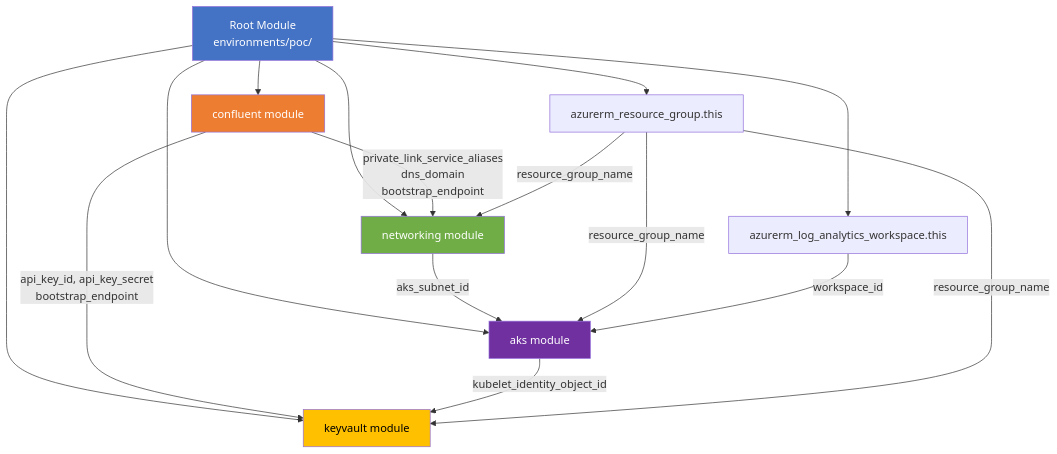
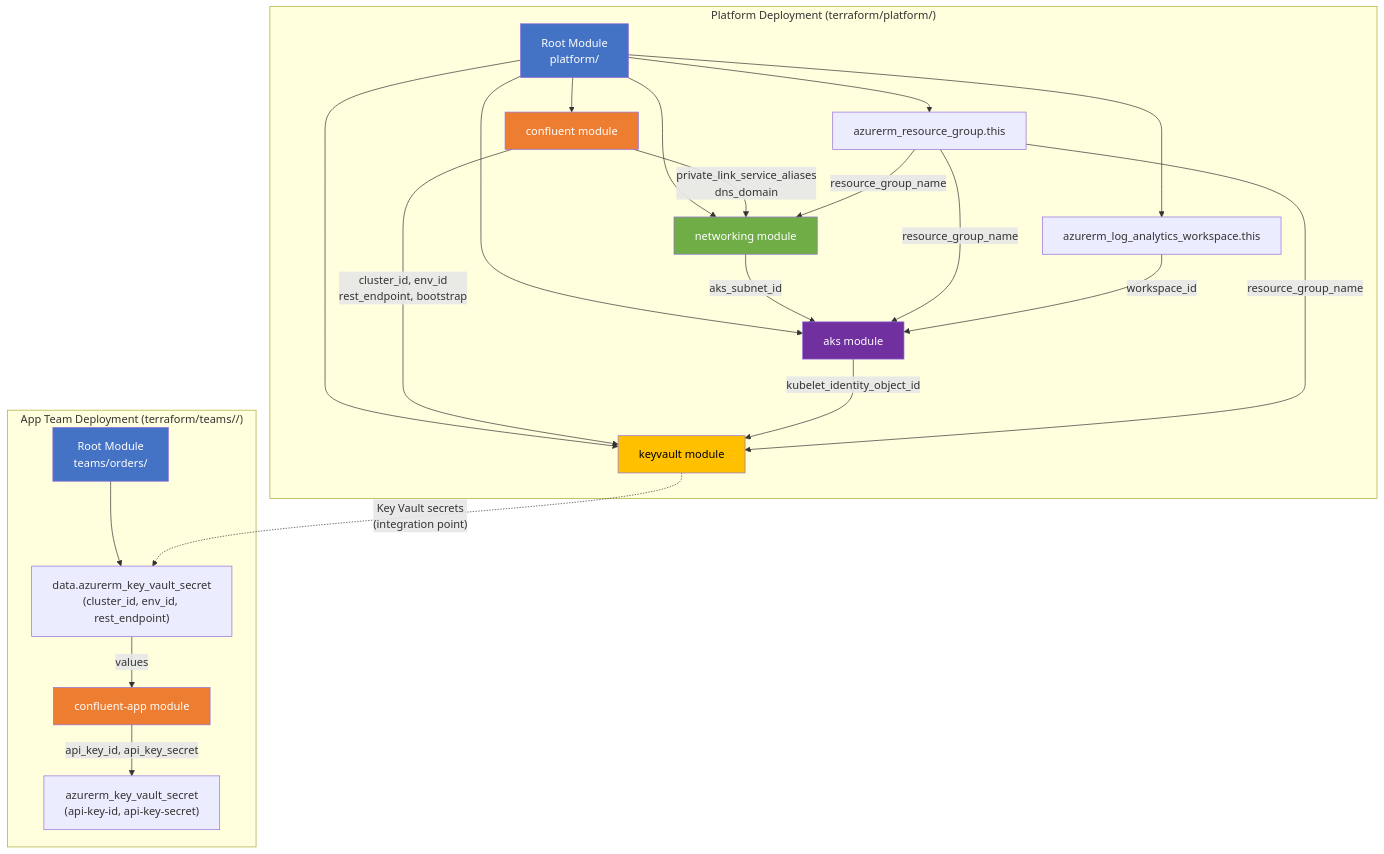
The first of 2 diagrams in docs/03-implementation/terraform-modules.md (GouthamKumar4/terraform-confluent-cloud-aks-poc), drawn with Mermaid before and after one commit. The commit also changed other lines of this file and 62 other files, not shown here.

Commit message:
added new flow

````diff
--- a/docs/03-implementation/terraform-modules.md
+++ b/docs/03-implementation/terraform-modules.md
@@ -9,28 +9,45 @@
 ```mermaid
 graph TD
-    Root["Root Module<br>environments/poc/"]
-    RG["azurerm_resource_group.this"]
-    LOG["azurerm_log_analytics_workspace.this"]
-    
-    Root --> RG
-    Root --> LOG
-    Root --> CM["confluent module"]
-    Root --> NM["networking module"]
-    Root --> AKS["aks module"]
-    Root --> KV["keyvault module"]
-    
-    CM -->|private_link_service_aliases<br>dns_domain<br>bootstrap_endpoint| NM
-    NM -->|aks_subnet_id| AKS
-    CM -->|api_key_id, api_key_secret<br>bootstrap_endpoint| KV
-    AKS -->|kubelet_identity_object_id| KV
-    RG -->|resource_group_name| NM
-    RG -->|resource_group_name| AKS
-    RG -->|resource_group_name| KV
-    LOG -->|workspace_id| AKS
+    subgraph Platform["Platform Deployment (terraform/platform/)"]
+        Root["Root Module<br>platform/"]
+        RG["azurerm_resource_group.this"]
+        LOG["azurerm_log_analytics_workspace.this"]
+        
+        Root --> RG
+        Root --> LOG
+        Root --> CM["confluent module"]
+        Root --> NM["networking module"]
+        Root --> AKS["aks module"]
+        Root --> KV["keyvault module"]
+        
+        CM -->|private_link_service_aliases<br>dns_domain| NM
+        CM -->|cluster_id, env_id<br>rest_endpoint, bootstrap| KV
+        NM -->|aks_subnet_id| AKS
+        AKS -->|kubelet_identity_object_id| KV
+        RG -->|resource_group_name| NM
+        RG -->|resource_group_name| AKS
+        RG -->|resource_group_name| KV
+        LOG -->|workspace_id| AKS
+    end
+
+    subgraph AppTeam["App Team Deployment (terraform/teams/<team>/)"]
+        AppRoot["Root Module<br>teams/orders/"]
+        KVRead["data.azurerm_key_vault_secret<br>(cluster_id, env_id, rest_endpoint)"]
+        AppMod["confluent-app module"]
+        KVWrite["azurerm_key_vault_secret<br>(api-key-id, api-key-secret)"]
+        
+        AppRoot --> KVRead
+        KVRead -->|values| AppMod
+        AppMod -->|api_key_id, api_key_secret| KVWrite
+    end
+
+    KV -.->|"Key Vault secrets<br>(integration point)"| KVRead
     
     style Root fill:#4472C4,color:#fff
     style CM fill:#ED7D31,color:#fff
     style NM fill:#70AD47,color:#fff
     style AKS fill:#7030A0,color:#fff
     style KV fill:#FFC000,color:#000
+    style AppRoot fill:#4472C4,color:#fff
+    style AppMod fill:#ED7D31,color:#fff
 ```
````
